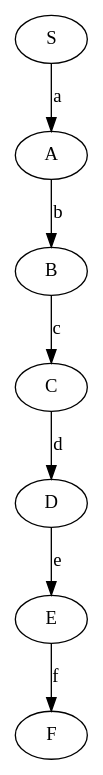
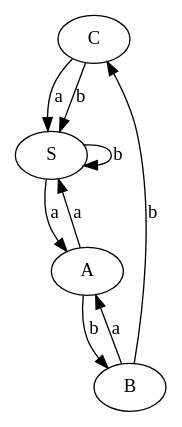
Before and after one commit to BilelAvans/FormMeth: the diagram in DFA.gv, drawn with Graphviz. The commit also changed 6 other files, not shown here.

```diff
--- a/DFA.gv
+++ b/DFA.gv
@@ -1,1 +1,1 @@
-digraph { S -> A [ label="a", weigth="0.6"];A -> B [ label="b", weigth="0.6"];B -> C [ label="c", weigth="0.6"];C -> D [ label="d", weigth="0.6"];D -> E [ label="e", weigth="0.6"];E -> F [ label="f", weigth="0.6"];}
+digraph { C -> S [ label="a", weigth="0.6"];C -> S [ label="b", weigth="0.6"];B -> C [ label="b", weigth="0.6"];B -> A [ label="a", weigth="0.6"];A -> B [ label="b", weigth="0.6"];A -> S [ label="a", weigth="0.6"];S -> A [ label="a", weigth="0.6"];S -> S [ label="b", weigth="0.6"];}
```
